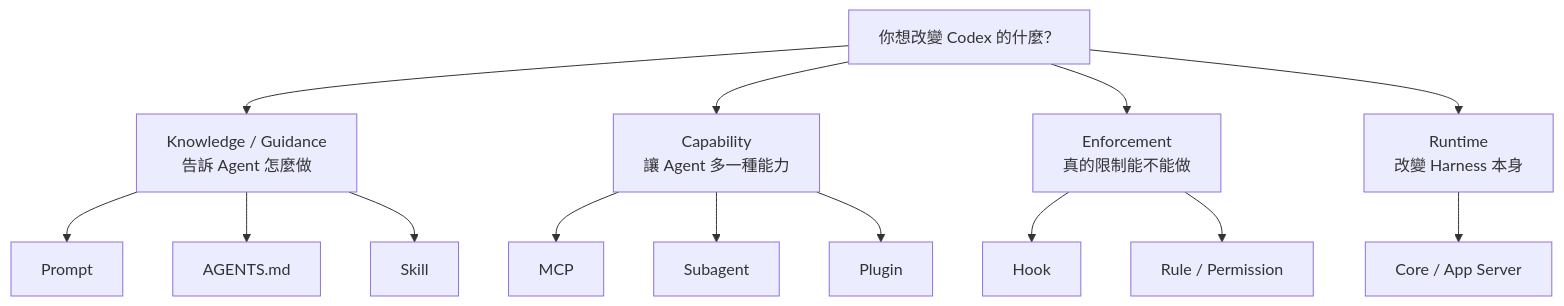
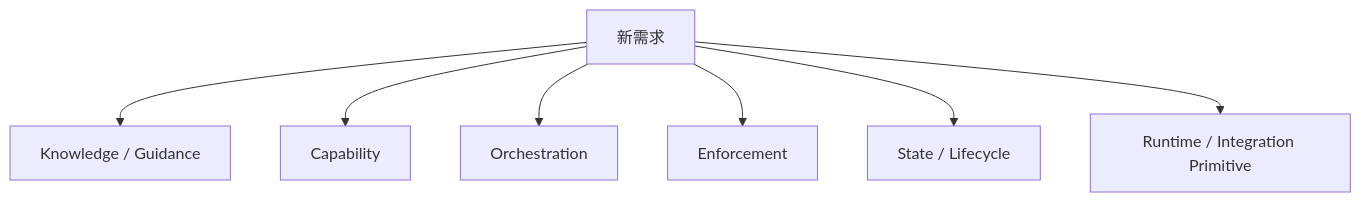
Before and after one commit to indigofeather/harness-book: the first of 4 diagrams in docs/applications/where-should-behavior-live.md, drawn with Mermaid. The commit also changed other lines of this file and 48 other files, not shown here.

````diff
--- a/docs/applications/where-should-behavior-live.md
+++ b/docs/applications/where-should-behavior-live.md
@@ -20,21 +15,9 @@
 ```mermaid
 flowchart TB
-  Q[你想改變 Codex 的什麼？]
-  Q --> K[Knowledge / Guidance\n告訴 Agent 怎麼做]
-  Q --> C[Capability\n讓 Agent 多一種能力]
-  Q --> E[Enforcement\n真的限制能不能做]
-  Q --> R[Runtime\n改變 Harness 本身]
-
-  K --> P[Prompt]
-  K --> A[AGENTS.md]
-  K --> S[Skill]
-
-  C --> M[MCP]
-  C --> SA[Subagent]
-  C --> PL[Plugin]
-
-  E --> H[Hook]
-  E --> RULE[Rule / Permission]
-
-  R --> CORE[Core / App Server]
+  Q[新需求] --> K[Knowledge / Guidance]
+  Q --> C[Capability]
+  Q --> O[Orchestration]
+  Q --> E[Enforcement]
+  Q --> S[State / Lifecycle]
+  Q --> R[Runtime / Integration Primitive]
 ```
````
